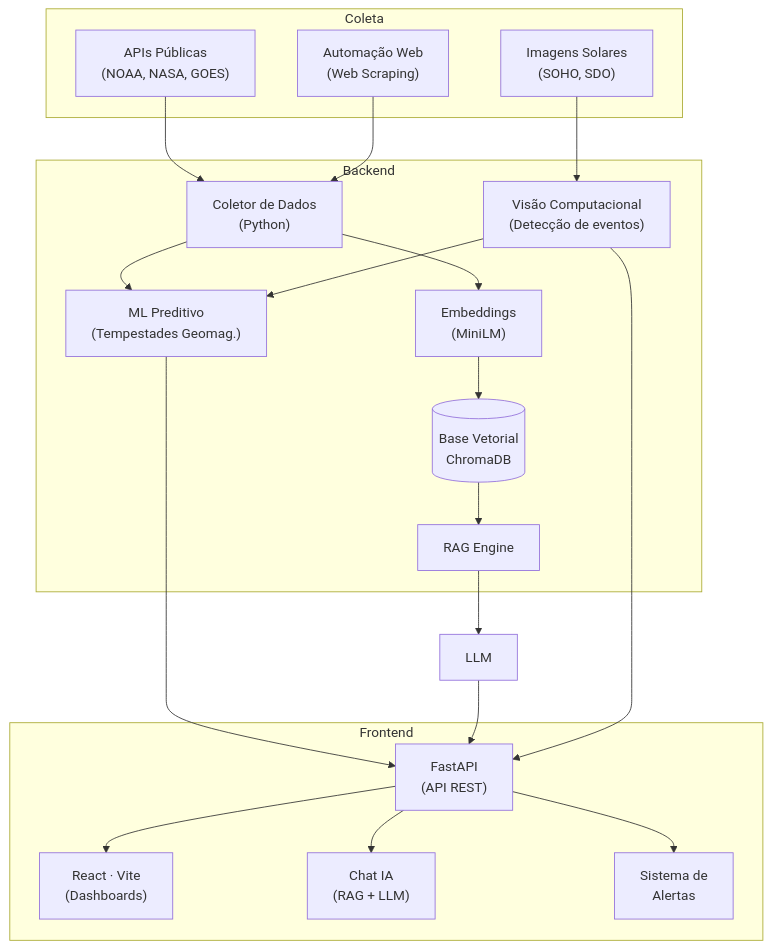
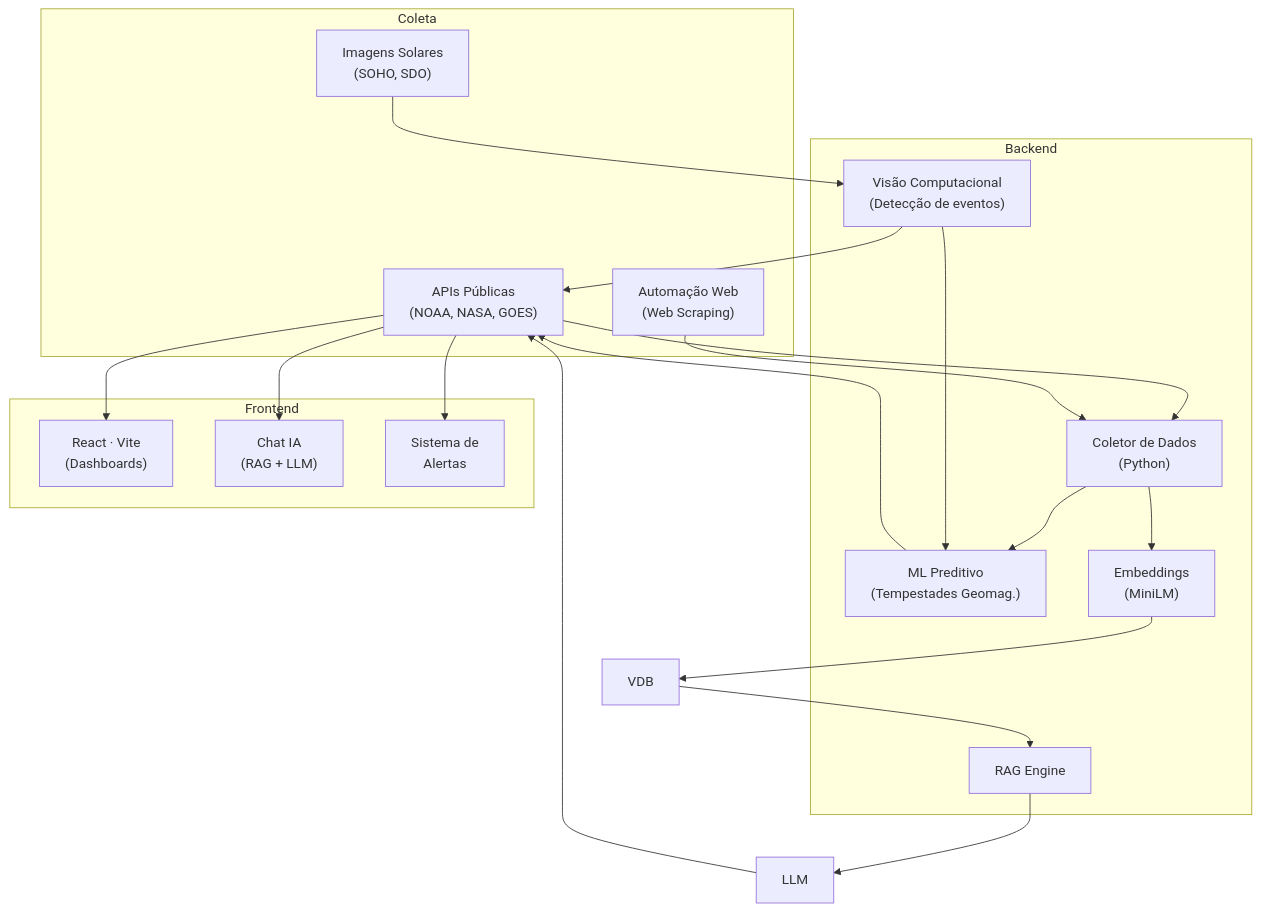
The diagram in README.md (ReMendess/space-climate-monitor), drawn with Mermaid before and after one commit. The commit also changed other lines of this file, not shown here.

````diff
--- a/README.md
+++ b/README.md
@@ -187,39 +187,38 @@
 ```mermaid
 flowchart TB
     subgraph Coleta
         API["APIs Públicas<br>(NOAA, NASA, GOES)"]
         WEB["Automação Web<br>(Web Scraping)"]
         IMG["Imagens Solares<br>(SOHO, SDO)"]
     end
 
     subgraph Backend
         COL["Coletor de Dados<br>(Python)"]
         CV["Visão Computacional<br>(Detecção de eventos)"]
         ML["ML Preditivo<br>(Tempestades Geomag.)"]
         EMB["Embeddings<br>(MiniLM)"]
-        VDB[("Base Vetorial<br>ChromaDB")]
         RAG["RAG Engine"]
     end
 
     subgraph Frontend
-        API_REST["FastAPI<br>(API REST)"]
+        API
         REACT["React · Vite<br>(Dashboards)"]
         CHAT["Chat IA<br>(RAG + LLM)"]
         ALERT["Sistema de<br>Alertas"]
     end
 
     API --> COL
     WEB --> COL
     IMG --> CV
     COL --> ML
     COL --> EMB --> VDB
     CV --> ML
     VDB --> RAG
     RAG --> LLM
-    ML --> API_REST
-    LLM --> API_REST
-    CV --> API_REST
-    API_REST --> REACT
-    API_REST --> CHAT
-    API_REST --> ALERT
+    ML --> API
+    LLM --> API
+    CV --> API
+    API --> REACT
+    API --> CHAT
+    API --> ALERT
 ```
````
